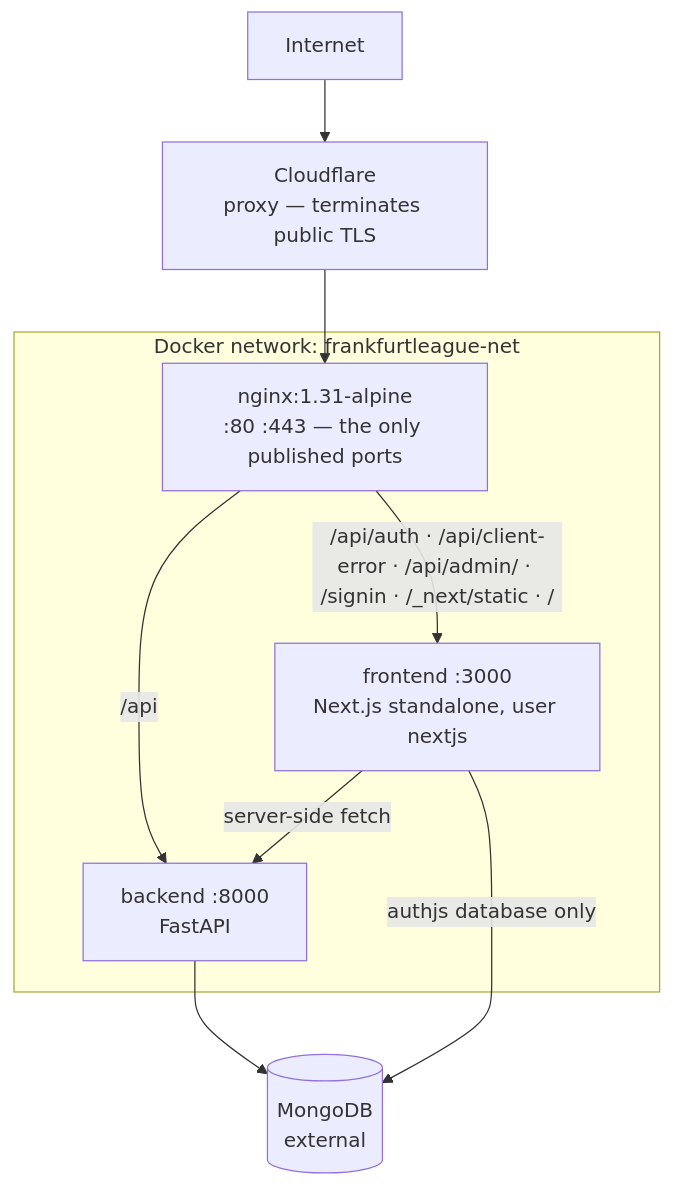
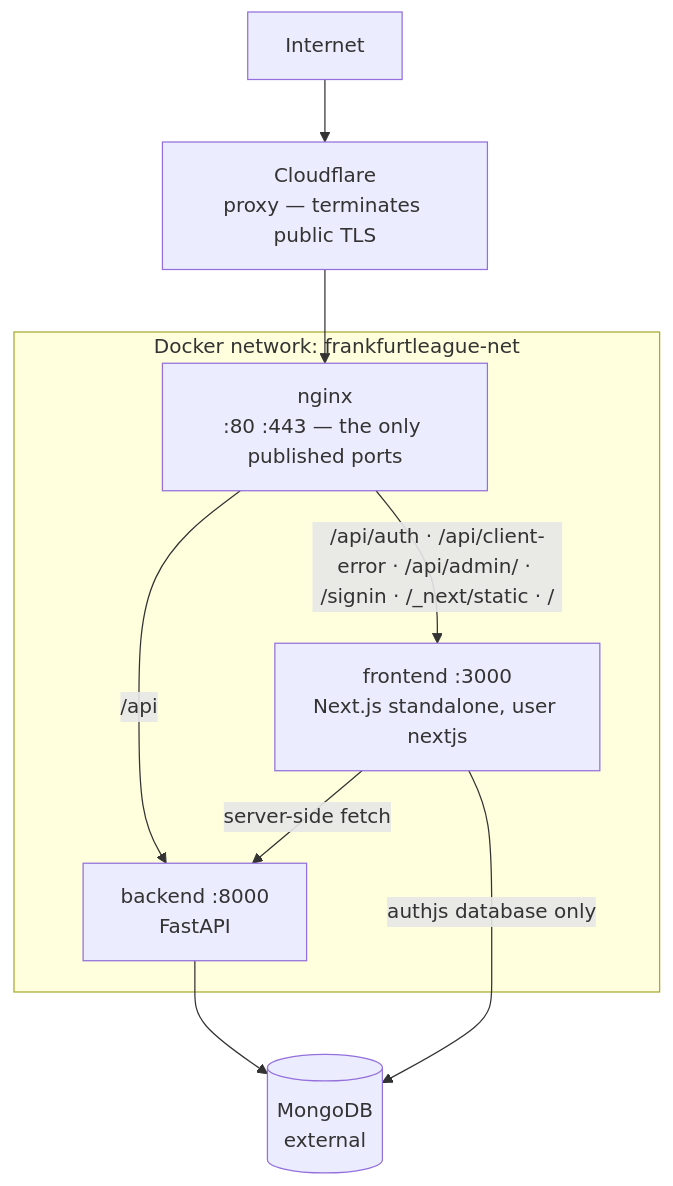
One commit to felzab/frankfurtleague changed the diagram in docs/ops/overview.md. Above: the diagram before and after it, drawn with Mermaid. The commit also changed other lines of this file and 626 other files, not shown here.

````diff
--- a/docs/ops/overview.md
+++ b/docs/ops/overview.md
@@ -17,21 +15,21 @@
 ```mermaid
 graph TB
     internet["Internet"]
     cf["Cloudflare<br/>proxy — terminates public TLS"]
 
     subgraph net["Docker network: frankfurtleague-net"]
-        nginx["nginx:1.31-alpine<br/>:80 :443 — the only published ports"]
+        nginx["nginx<br/>:80 :443 — the only published ports"]
         fe["frontend :3000<br/>Next.js standalone, user nextjs"]
         be["backend :8000<br/>FastAPI"]
     end
 
     mongo[("MongoDB<br/>external")]
 
     internet --> cf
     cf --> nginx
     nginx -->|"/api"| be
     nginx -->|"/api/auth · /api/client-error · /api/admin/ · /signin · /_next/static · /"| fe
     fe -->|"server-side fetch"| be
     fe -->|"authjs database only"| mongo
     be --> mongo
 ```
````
